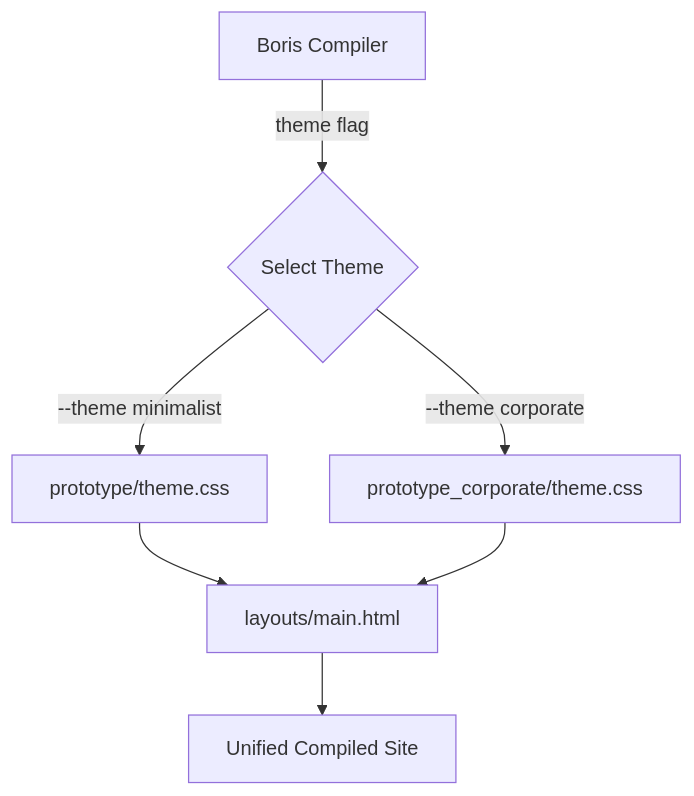
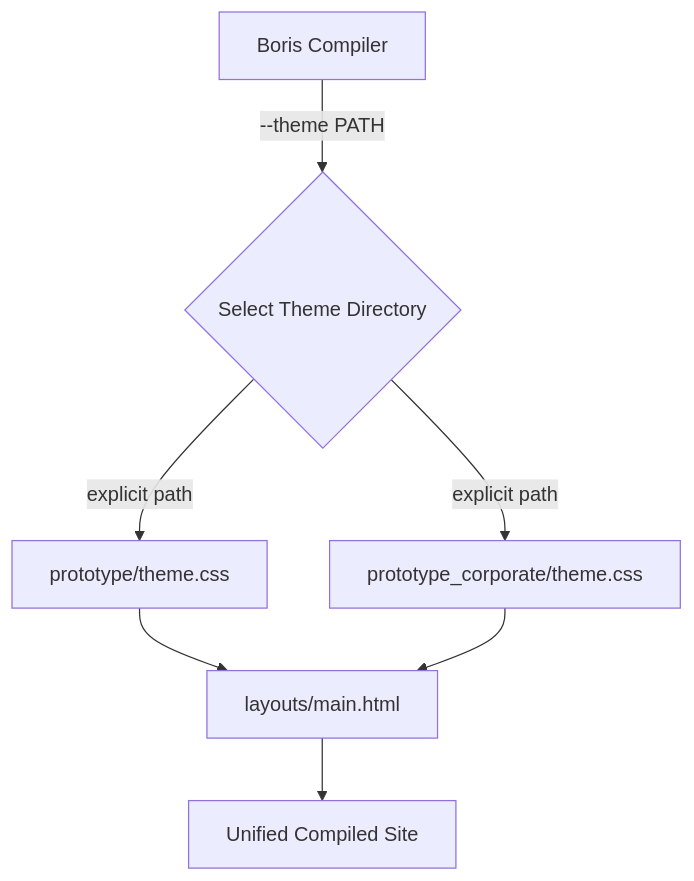
Before and after one commit to drawmeanelephant/boris: the diagram in docs/dogfood/BORIS_THEME_FAMILY_RECOMMENDATION.md, drawn with Mermaid. The commit also changed other lines of this file, not shown here.

````diff
--- a/docs/dogfood/BORIS_THEME_FAMILY_RECOMMENDATION.md
+++ b/docs/dogfood/BORIS_THEME_FAMILY_RECOMMENDATION.md
@@ -45,9 +52,9 @@
 ```mermaid
 graph TD
-    A[Boris Compiler] -->|theme flag| B{Select Theme}
-    B -->|"--theme minimalist"| C[prototype/theme.css]
-    B -->|"--theme corporate"| D[prototype_corporate/theme.css]
+    A[Boris Compiler] -->|"--theme PATH"| B{Select Theme Directory}
+    B -->|"explicit path"| C[prototype/theme.css]
+    B -->|"explicit path"| D[prototype_corporate/theme.css]
     C --> E[layouts/main.html]
     D --> E[layouts/main.html]
     E --> F[Unified Compiled Site]
 ```
````
